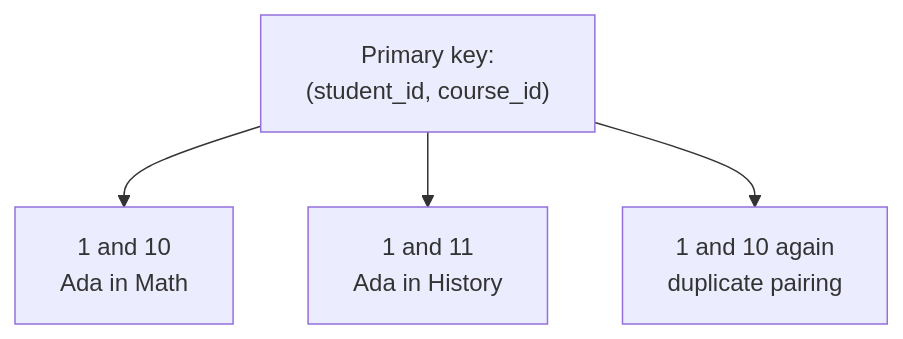
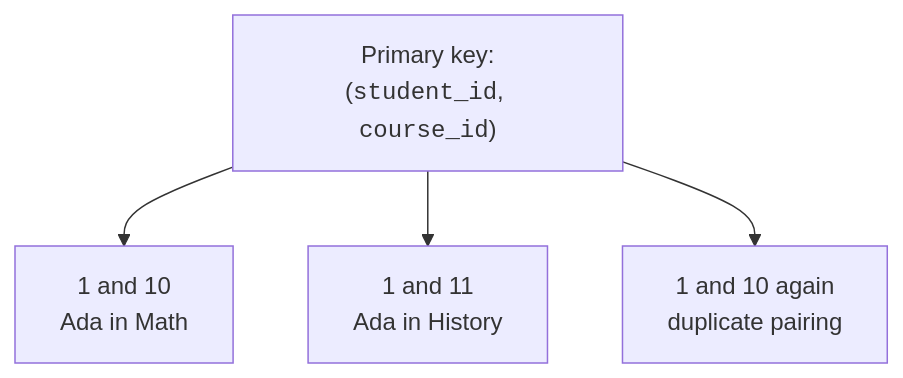
One commit to dataslope/dataslope changed the third of 5 diagrams in content/learn/database-design-postgresql/junction-tables.mdx. Above: the diagram before and after it, drawn with Mermaid. The commit also changed other lines of this file and 153 other files, not shown here.

First line of the commit message:
Render code-only mermaid shapes in monospace; convert step sequences to Steps

````diff
--- a/content/learn/database-design-postgresql/junction-tables.mdx
+++ b/content/learn/database-design-postgresql/junction-tables.mdx
@@ -59,6 +59,6 @@
 ```mermaid
 flowchart TB
-    Pair["Primary key:<br/>(student_id, course_id)"] --> One["1 and 10<br/>Ada in Math"]
+    Pair["Primary key:<br/>(<code>student_id</code>, <code>course_id</code>)"] --> One["1 and 10<br/>Ada in Math"]
     Pair --> Two["1 and 11<br/>Ada in History"]
     Pair --> Reject["1 and 10 again<br/>duplicate pairing"]
 ```
````
